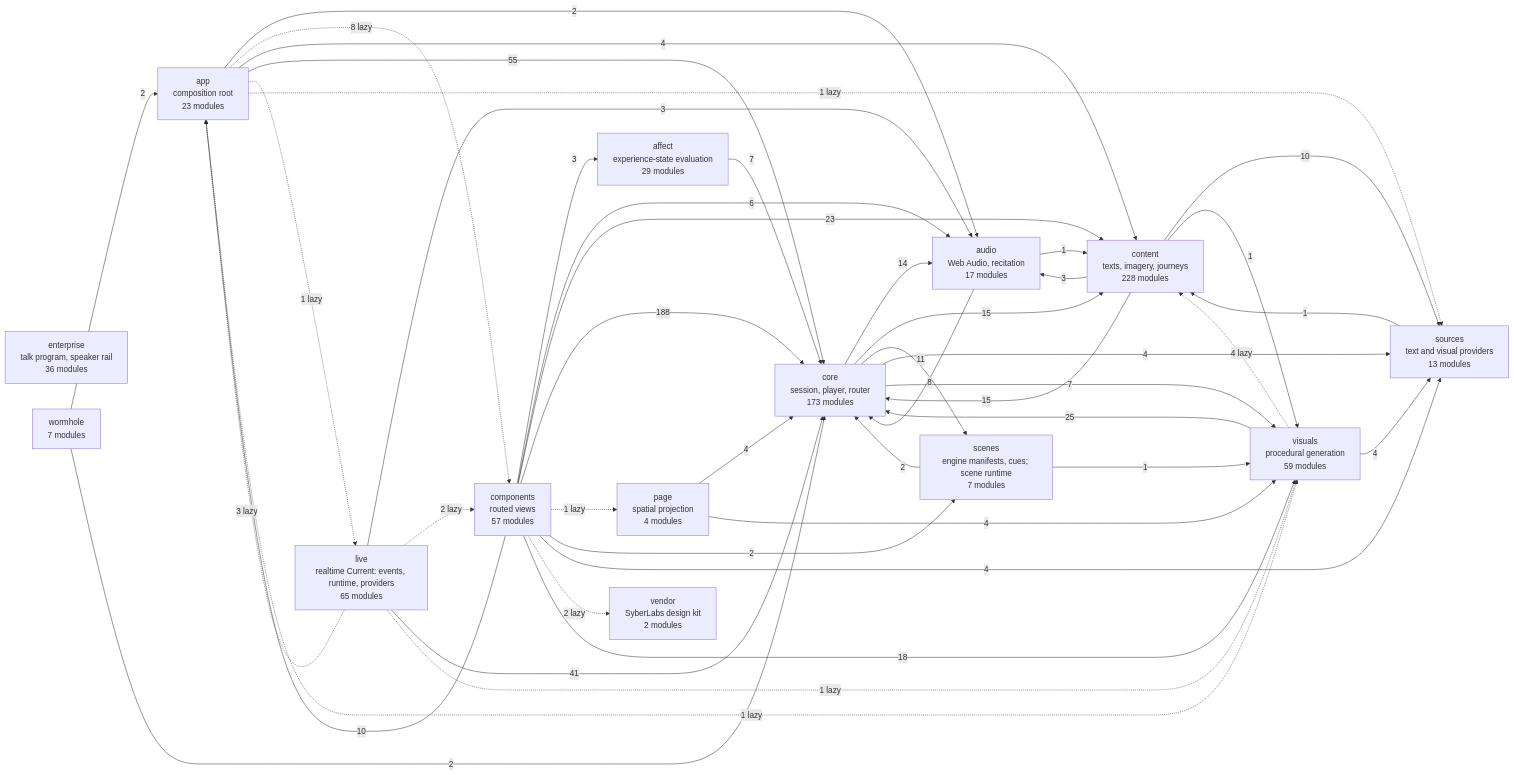
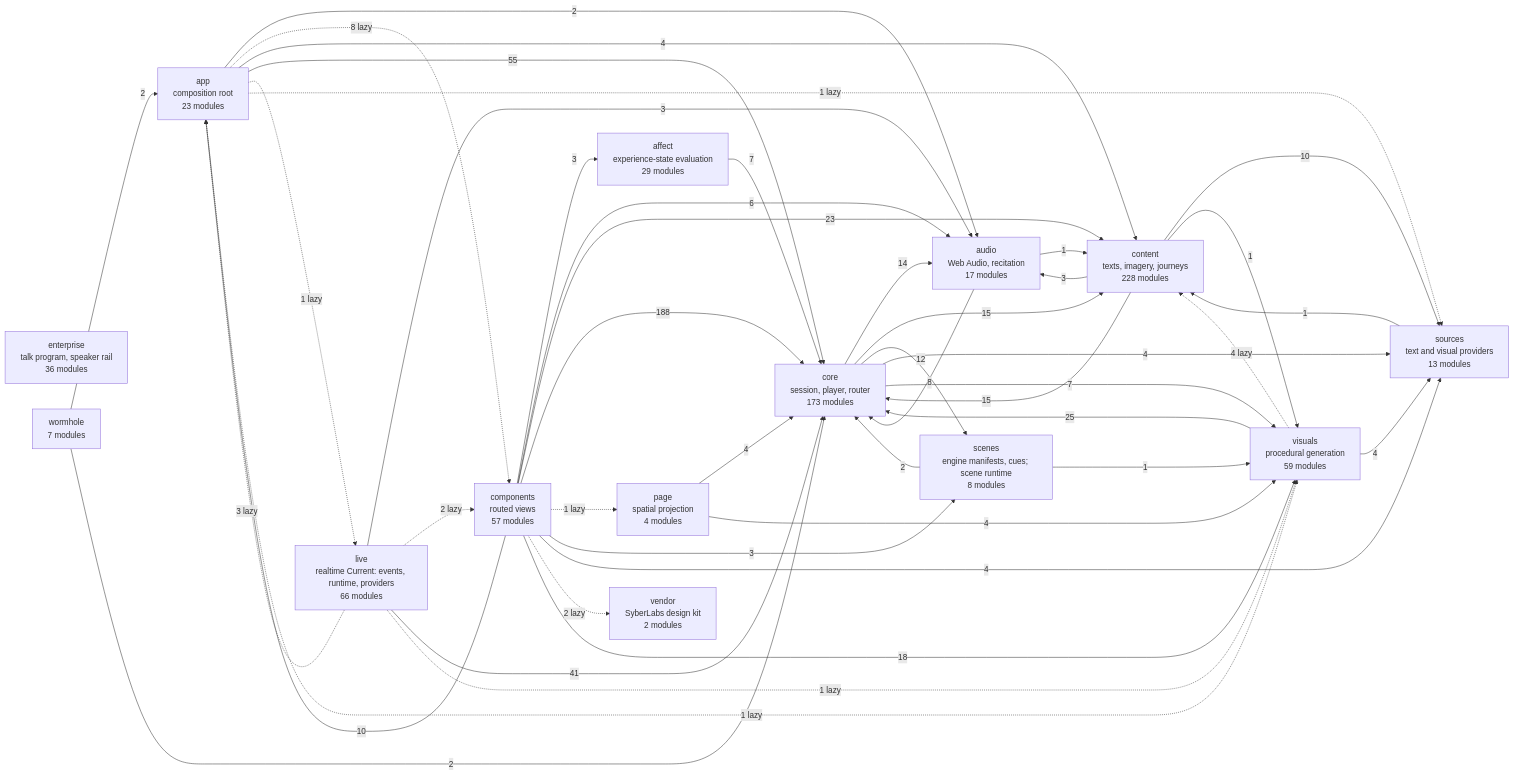
One commit to SyberLabs/RISE changed the diagram in docs/specs/ARCHITECTURE.md. Above: the diagram before and after it, drawn with Mermaid. The commit also changed 35 other files, not shown here.

First line of the commit message:
RISE Live: interactive scenes — the sandbox listens, widgets in rise.lib, the reader's moves come back as perception (#641)

````diff
--- a/docs/specs/ARCHITECTURE.md
+++ b/docs/specs/ARCHITECTURE.md
@@ -161,62 +161,62 @@
 ```mermaid
 flowchart LR
     affect["affect<br/>experience-state evaluation<br/>29 modules"]
     app["app<br/>composition root<br/>23 modules"]
     audio["audio<br/>Web Audio, recitation<br/>17 modules"]
     components["components<br/>routed views<br/>57 modules"]
     content["content<br/>texts, imagery, journeys<br/>228 modules"]
     core["core<br/>session, player, router<br/>173 modules"]
     enterprise["enterprise<br/>talk program, speaker rail<br/>36 modules"]
-    live["live<br/>realtime Current: events, runtime, providers<br/>65 modules"]
+    live["live<br/>realtime Current: events, runtime, providers<br/>66 modules"]
     page["page<br/>spatial projection<br/>4 modules"]
-    scenes["scenes<br/>engine manifests, cues; scene runtime<br/>7 modules"]
+    scenes["scenes<br/>engine manifests, cues; scene runtime<br/>8 modules"]
     sources["sources<br/>text and visual providers<br/>13 modules"]
     vendor["vendor<br/>SyberLabs design kit<br/>2 modules"]
     visuals["visuals<br/>procedural generation<br/>59 modules"]
     wormhole["wormhole<br/>7 modules"]
 
     affect --> |7| core
     app --> |2| audio
     app -.-> |8 lazy| components
     app --> |4| content
     app --> |55| core
     app -.-> |1 lazy| live
     app -.-> |1 lazy| sources
     app -.-> |1 lazy| visuals
     audio --> |1| content
     audio --> |8| core
     components --> |3| affect
     components --> |10| app
     components --> |6| audio
     components --> |23| content
     components --> |188| core
     components -.-> |1 lazy| page
-    components --> |2| scenes
+    components --> |3| scenes
     components --> |4| sources
     components -.-> |2 lazy| vendor
     components --> |18| visuals
     content --> |3| audio
     content --> |15| core
     content --> |10| sources
     content --> |1| visuals
     core --> |14| audio
     core --> |15| content
-    core --> |11| scenes
+    core --> |12| scenes
     core --> |4| sources
     core --> |7| visuals
     live -.-> |3 lazy| app
     live --> |3| audio
     live -.-> |2 lazy| components
     live --> |41| core
     live -.-> |1 lazy| visuals
     page --> |4| core
     page --> |4| visuals
     scenes --> |2| core
     scenes --> |1| visuals
     sources --> |1| content
     visuals -.-> |4 lazy| content
     visuals --> |25| core
     visuals --> |4| sources
     wormhole --> |2| app
     wormhole --> |2| core
 ```
````
